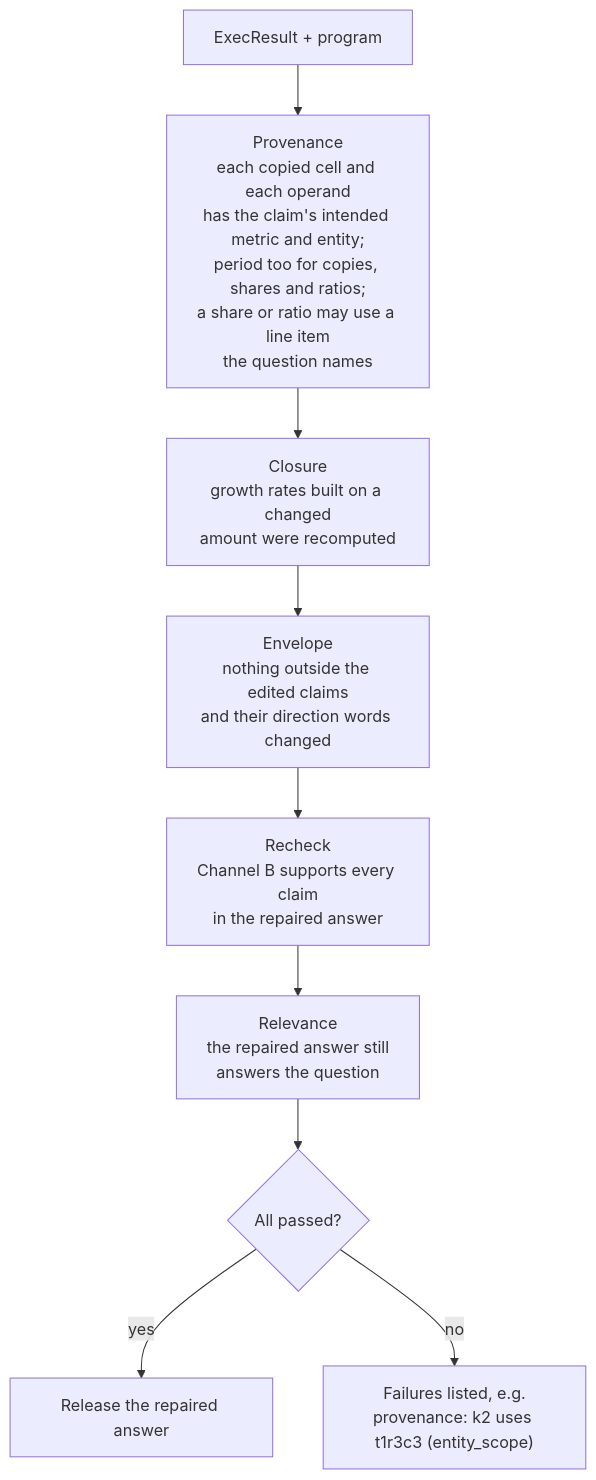
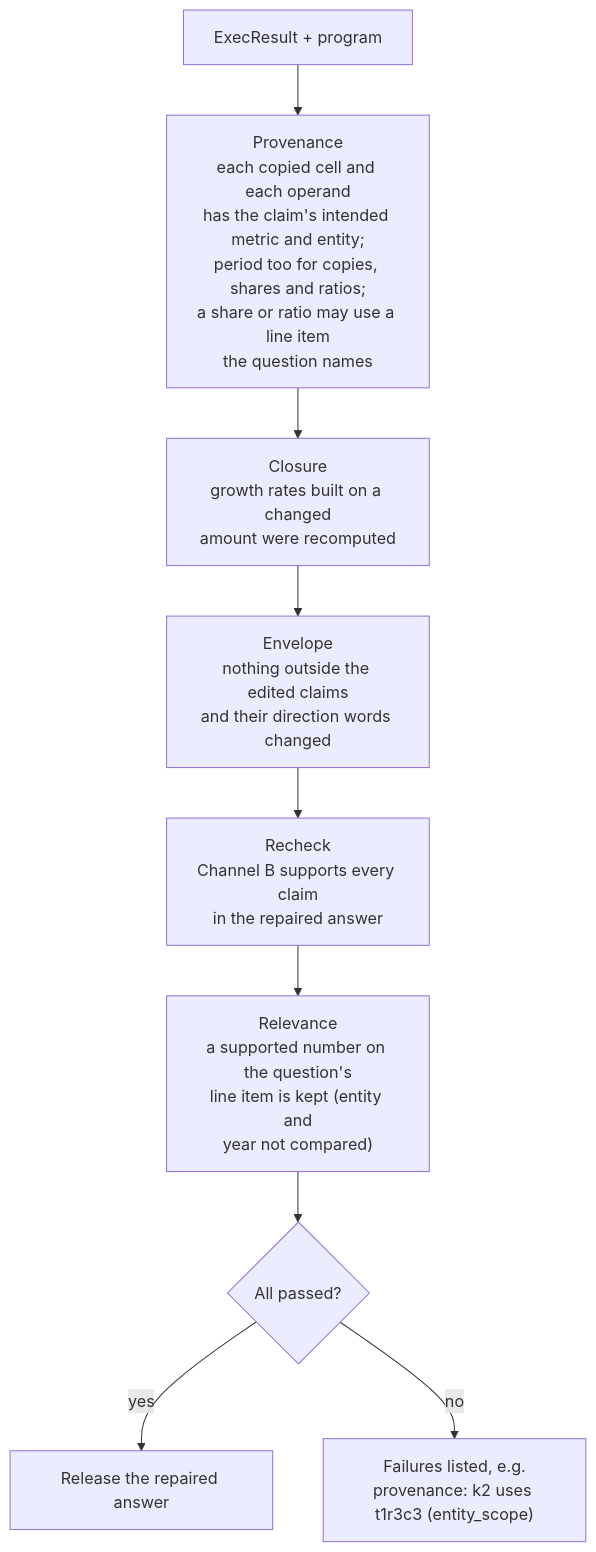
Before and after one commit to SharafThawfeek/FaithGurd-new: diagram 22 of 32 in docs/architecture.md, drawn with Mermaid. The commit also changed other lines of this file and 38 other files, not shown here.

````diff
--- a/docs/architecture.md
+++ b/docs/architecture.md
@@ -689,11 +691,11 @@
 ```mermaid
 flowchart TD
     R["ExecResult + program"] --> P["Provenance<br/>each copied cell and each operand<br/>has the claim's intended metric and entity;<br/>period too for copies, shares and ratios;<br/>a share or ratio may use a line item<br/>the question names"]
     P --> C["Closure<br/>growth rates built on a changed<br/>amount were recomputed"]
     C --> E["Envelope<br/>nothing outside the edited claims<br/>and their direction words changed"]
     E --> K["Recheck<br/>Channel B supports every claim<br/>in the repaired answer"]
-    K --> V["Relevance<br/>the repaired answer still<br/>answers the question"]
+    K --> V["Relevance<br/>a supported number on the question's<br/>line item is kept (entity and<br/>year not compared)"]
     V --> D{"All passed?"}
     D -->|yes| OK["Release the repaired answer"]
     D -->|no| F["Failures listed, e.g.<br/>provenance: k2 uses t1r3c3 (entity_scope)"]
 ```
````
